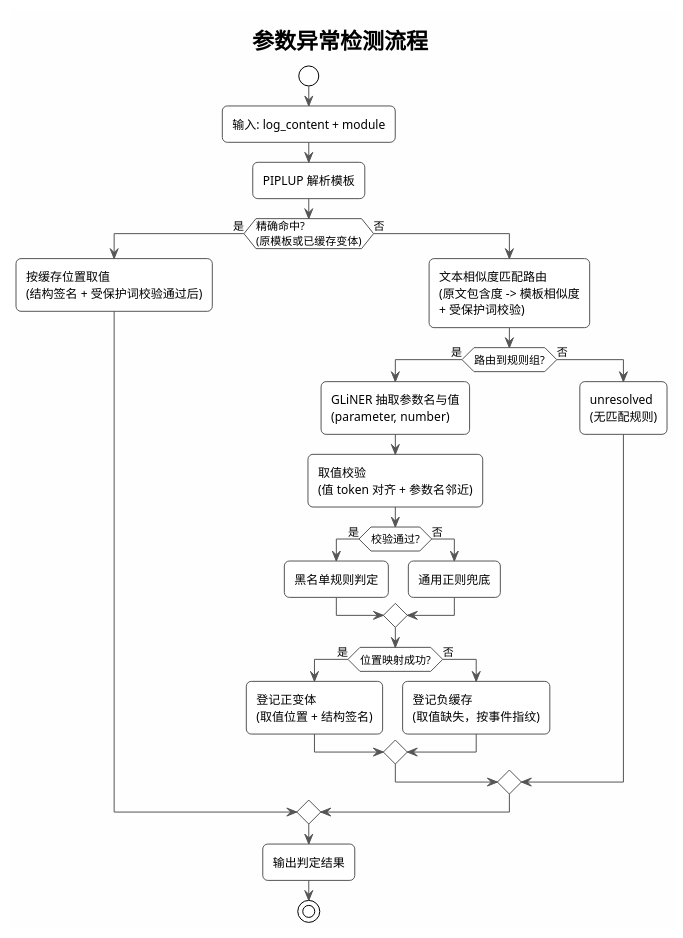
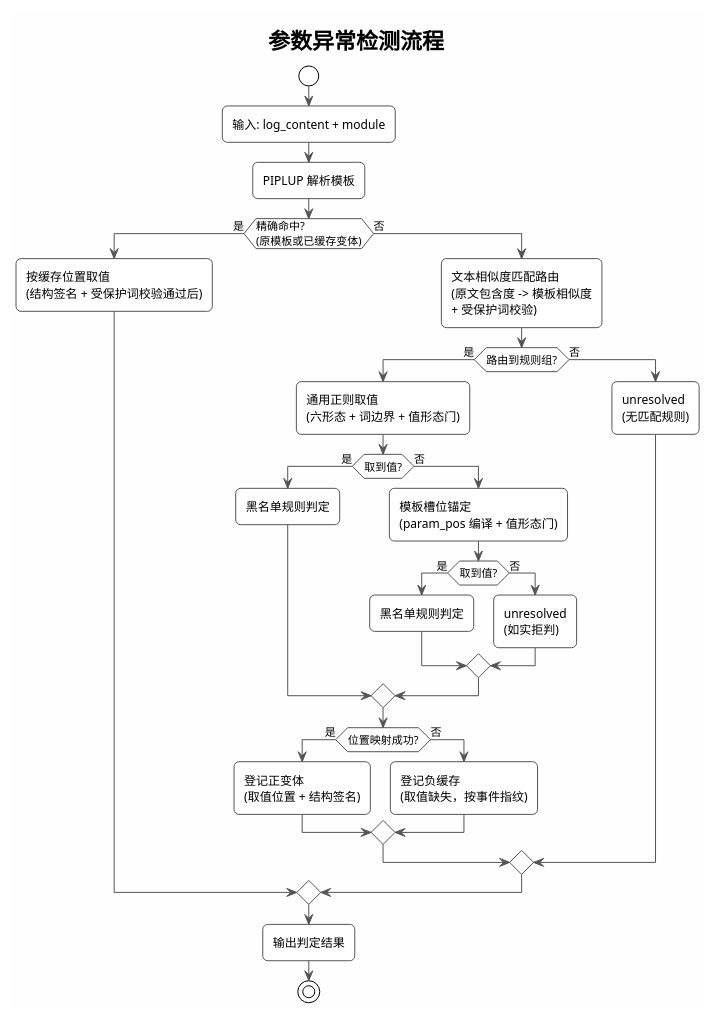
Before and after one commit to HouMonKy/TIG-PIPLUP: the sixth of 10 diagrams in LogNet3.0方案设计与实现文档.md, drawn with PlantUML. The commit also changed other lines of this file, not shown here.

First line of the commit message:
docs: 5.4 重写为正则版——GLiNER 合规降级（2026-10-09）

````diff
--- a/LogNet3.0方案设计与实现文档.md
+++ b/LogNet3.0方案设计与实现文档.md
@@ -504,48 +504,52 @@
 ```plantuml
 @startuml Parameter_Detection_Flow
 !theme plain
 skinparam backgroundColor #FEFEFE
 skinparam shadowing false
 skinparam roundCorner 10
 skinparam ActivityBorderColor #555555
 skinparam ArrowColor #555555
 
 title 参数异常检测流程
 
 start
 
 :输入: log_content + module;
 
 :PIPLUP 解析模板;
 
 if (精确命中?\n(原模板或已缓存变体)) then (是)
     :按缓存位置取值\n(结构签名 + 受保护词校验通过后);
 else (否)
 
     :文本相似度匹配路由\n(原文包含度 -> 模板相似度\n+ 受保护词校验);
 
     if (路由到规则组?) then (是)
-        :GLiNER 抽取参数名与值\n(parameter, number);
-        :取值校验\n(值 token 对齐 + 参数名邻近);
-        if (校验通过?) then (是)
+        :通用正则取值\n(六形态 + 词边界 + 值形态门);
+        if (取到值?) then (是)
             :黑名单规则判定;
         else (否)
-            :通用正则兜底;
+            :模板槽位锚定\n(param_pos 编译 + 值形态门);
+            if (取到值?) then (是)
+                :黑名单规则判定;
+            else (否)
+                :unresolved\n(如实拒判);
+            endif
         endif
         if (位置映射成功?) then (是)
             :登记正变体\n(取值位置 + 结构签名);
         else (否)
             :登记负缓存\n(取值缺失，按事件指纹);
         endif
     else (否)
         :unresolved\n(无匹配规则);
     endif
 
 endif
 
 :输出判定结果;
 
 stop
 
 @enduml
 ```
````
